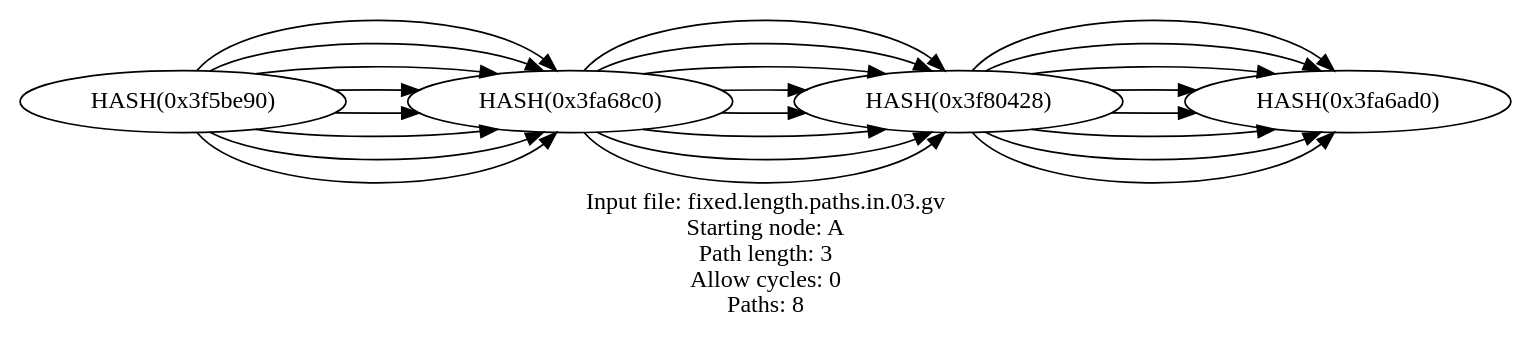
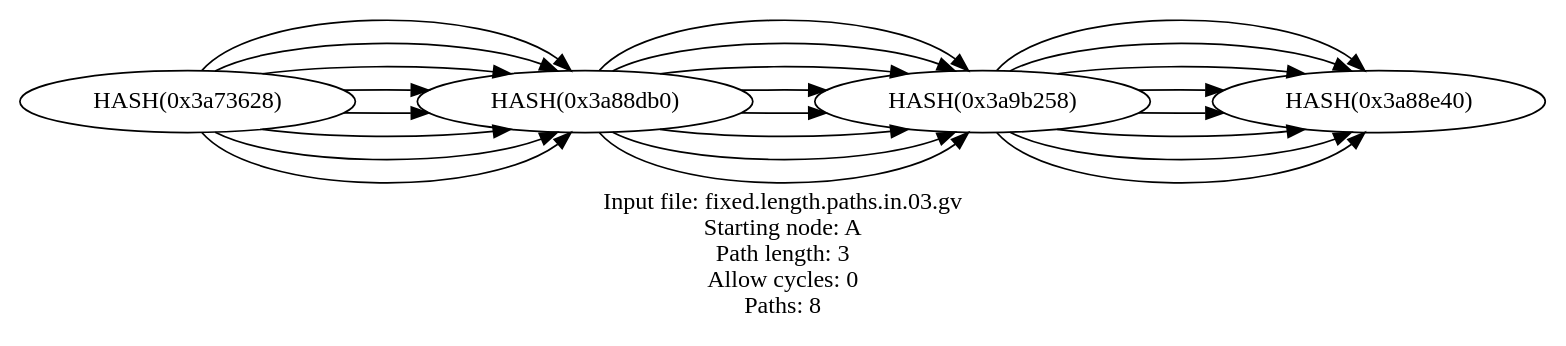
Before and after one commit to graphviz-perl/GraphViz2-Marpa-PathUtils: the diagram in out/fixed.length.paths.out.03.gv, drawn with Graphviz. The commit also changed 5 other files, not shown here.

```diff
--- a/out/fixed.length.paths.out.03.gv
+++ b/out/fixed.length.paths.out.03.gv
@@ -1,46 +1,46 @@
 digraph fixed_length_paths
 {
 	label = "Input file: fixed.length.paths.in.03.gv\nStarting node: A\nPath length: 3\nAllow cycles: 0\nPaths: 8" rankdir = LR
 
-	"A" [label = "HASH(0x405c2b8)"]
-	"B" [label = "HASH(0x420cad0)"]
-	"C" [label = "HASH(0x3fbfb20)"]
-	"D" [label = "HASH(0x4034840)"]
-	"A" [label = "HASH(0x4010138)"]
-	"B" [label = "HASH(0x41c9870)"]
-	"C" [label = "HASH(0x41c8e28)"]
-	"D" [label = "HASH(0x41728b0)"]
-	"A" [label = "HASH(0x4033c20)"]
-	"B" [label = "HASH(0x3fcb9e0)"]
-	"C" [label = "HASH(0x3ff6de8)"]
-	"D" [label = "HASH(0x40012e8)"]
-	"A" [label = "HASH(0x3f7fd80)"]
-	"B" [label = "HASH(0x4034d08)"]
-	"C" [label = "HASH(0x3fc8710)"]
-	"D" [label = "HASH(0x3faaf98)"]
-	"A" [label = "HASH(0x3faae00)"]
-	"B" [label = "HASH(0x3f61d90)"]
-	"C" [label = "HASH(0x401ca00)"]
-	"D" [label = "HASH(0x3fcb5c0)"]
-	"A" [label = "HASH(0x3ff6b90)"]
-	"B" [label = "HASH(0x3f5e720)"]
-	"C" [label = "HASH(0x401ca30)"]
-	"D" [label = "HASH(0x3ebbd48)"]
-	"A" [label = "HASH(0x3fcbf50)"]
-	"B" [label = "HASH(0x3fa6bc0)"]
-	"C" [label = "HASH(0x3ec11c0)"]
-	"D" [label = "HASH(0x3f482d0)"]
-	"A" [label = "HASH(0x3f5be90)"]
-	"B" [label = "HASH(0x3fa68c0)"]
-	"C" [label = "HASH(0x3f80428)"]
-	"D" [label = "HASH(0x3fa6ad0)"]
+	"A" [label = "HASH(0x3a8d2e8)"]
+	"B" [label = "HASH(0x3d1fbf8)"]
+	"C" [label = "HASH(0x3be7ec8)"]
+	"D" [label = "HASH(0x3ab78d0)"]
+	"A" [label = "HASH(0x3ab7828)"]
+	"B" [label = "HASH(0x3a91ff0)"]
+	"C" [label = "HASH(0x3abfe48)"]
+	"D" [label = "HASH(0x3aa9008)"]
+	"A" [label = "HASH(0x3bff748)"]
+	"B" [label = "HASH(0x3a40c70)"]
+	"C" [label = "HASH(0x3a07f68)"]
+	"D" [label = "HASH(0x3a73688)"]
+	"A" [label = "HASH(0x3a8d0c0)"]
+	"B" [label = "HASH(0x3ab3740)"]
+	"C" [label = "HASH(0x3a3e520)"]
+	"D" [label = "HASH(0x3a35738)"]
+	"A" [label = "HASH(0x3a39b88)"]
+	"B" [label = "HASH(0x39e7070)"]
+	"C" [label = "HASH(0x3a54658)"]
+	"D" [label = "HASH(0x39e9120)"]
+	"A" [label = "HASH(0x3a2e488)"]
+	"B" [label = "HASH(0x3a57b20)"]
+	"C" [label = "HASH(0x3a8c7a8)"]
+	"D" [label = "HASH(0x3a73400)"]
+	"A" [label = "HASH(0x3a545b0)"]
+	"B" [label = "HASH(0x3a57040)"]
+	"C" [label = "HASH(0x3a88e10)"]
+	"D" [label = "HASH(0x3a56be0)"]
+	"A" [label = "HASH(0x3a73628)"]
+	"B" [label = "HASH(0x3a88db0)"]
+	"C" [label = "HASH(0x3a9b258)"]
+	"D" [label = "HASH(0x3a88e40)"]
 
 	"A"  ->  "B"  ->  "C"  ->  "D"
 	"A"  ->  "B"  ->  "C"  ->  "D"
 	"A"  ->  "B"  ->  "C"  ->  "D"
 	"A"  ->  "B"  ->  "C"  ->  "D"
 	"A"  ->  "B"  ->  "C"  ->  "D"
 	"A"  ->  "B"  ->  "C"  ->  "D"
 	"A"  ->  "B"  ->  "C"  ->  "D"
 	"A"  ->  "B"  ->  "C"  ->  "D"
 }
```
